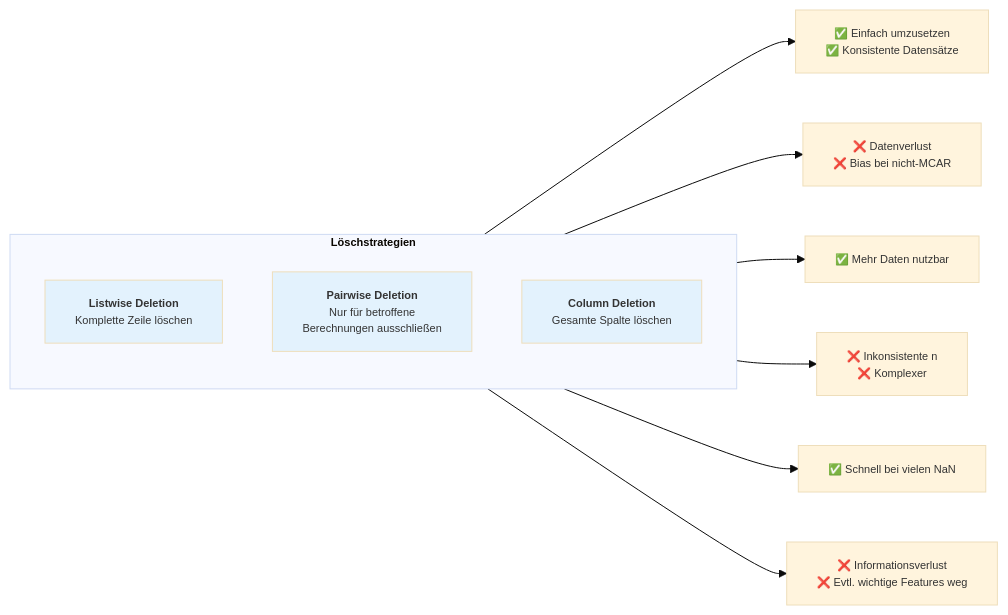
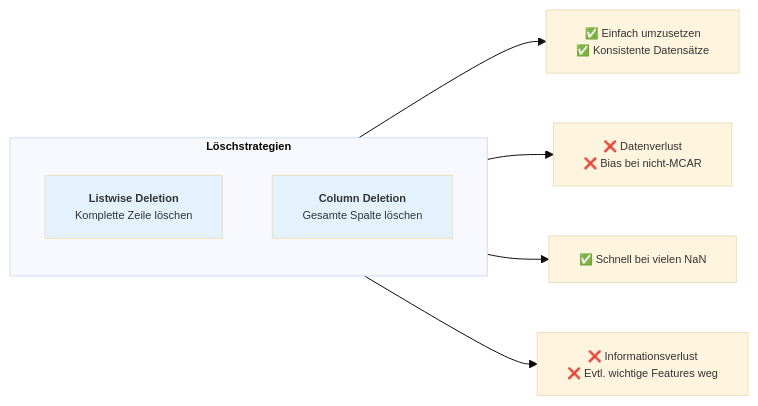
Before and after one commit to ralf-42/ML_Intro: the second of 4 diagrams in docs/concepts/prepare/missing_values.md, drawn with Mermaid. The commit also changed other lines of this file, not shown here.

````diff
--- a/docs/concepts/prepare/missing_values.md
+++ b/docs/concepts/prepare/missing_values.md
@@ -74,23 +74,19 @@
 ```mermaid
 %%{init: {'theme': 'base', 'themeVariables': {'fontSize': '11px'}}}%%
 flowchart LR
     subgraph deletion["<b>Löschstrategien"]
         direction TB
         listwise["<b>Listwise Deletion</b><br/>Komplette Zeile löschen"]
-        pairwise["<b>Pairwise Deletion</b><br/>Nur für betroffene<br/>Berechnungen ausschließen"]
         column["<b>Column Deletion</b><br/>Gesamte Spalte löschen"]
     end
     
     listwise --> lw_pro["✅ Einfach umzusetzen<br/>✅ Konsistente Datensätze"]
     listwise --> lw_con["❌ Datenverlust<br/>❌ Bias bei nicht-MCAR"]
     
-    pairwise --> pw_pro["✅ Mehr Daten nutzbar"]
-    pairwise --> pw_con["❌ Inkonsistente n<br/>❌ Komplexer"]
-    
+   
     column --> col_pro["✅ Schnell bei vielen NaN"]
     column --> col_con["❌ Informationsverlust<br/>❌ Evtl. wichtige Features weg"]
 
     style listwise fill:#e3f2fd
-    style pairwise fill:#e3f2fd
     style column fill:#e3f2fd
 ```
````
